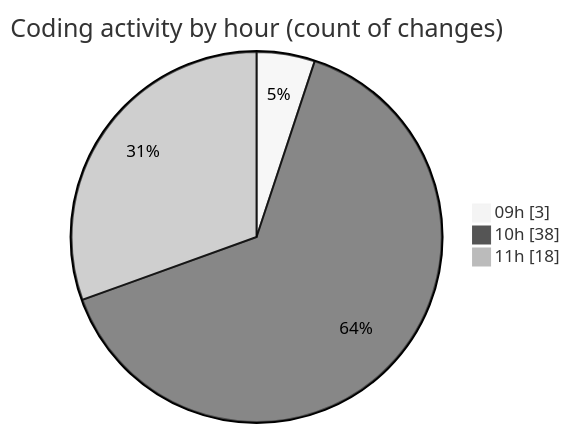
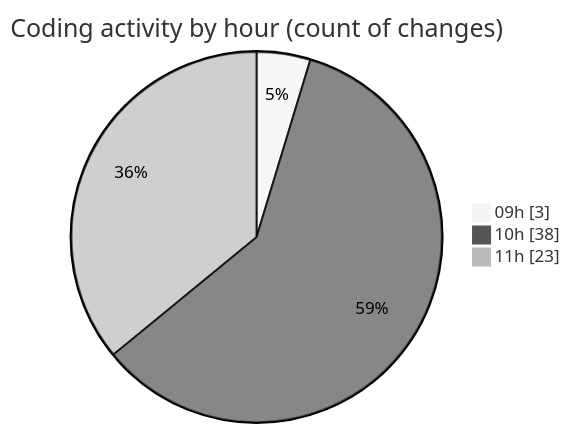
The second of 2 diagrams in 2025-11-19/cda/README.md (momahboobian/code-tracking), drawn with Mermaid (neutral theme) before and after one commit. The commit also changed other lines of this file and 1 other file, not shown here.

````diff
--- a/2025-11-19/cda/README.md
+++ b/2025-11-19/cda/README.md
@@ -32,7 +32,7 @@
 ```mermaid
 pie showData
 title Coding activity by hour (count of changes)
 "09h" : 3
 "10h" : 38
-"11h" : 18
+"11h" : 23
 ```
````
